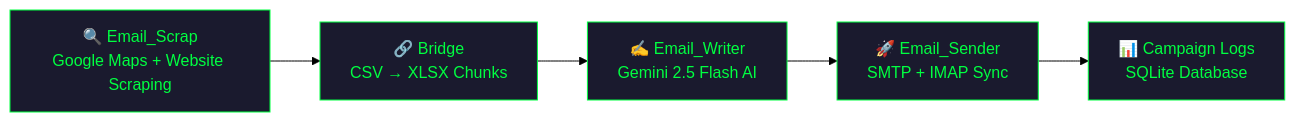
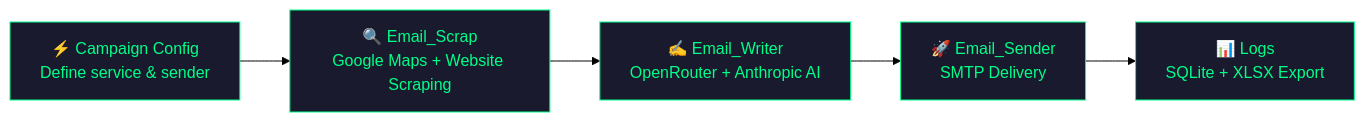
One commit to Oxirane-git/Quinx changed the diagram in README.md. Above: the diagram before and after it, drawn with Mermaid (forest theme). The commit also changed other lines of this file, not shown here.

First line of the commit message:
docs: rewrite README to reflect GUI-first architecture

````diff
--- a/README.md
+++ b/README.md
@@ -140,13 +143,13 @@
 ```mermaid
 graph LR
-    A["🔍 Email_Scrap<br/>Google Maps + Website Scraping"] --> B["🔗 Bridge<br/>CSV → XLSX Chunks"]
-    B --> C["✍️ Email_Writer<br/>Gemini 2.5 Flash AI"]
-    C --> D["🚀 Email_Sender<br/>SMTP + IMAP Sync"]
-    D --> E["📊 Campaign Logs<br/>SQLite Database"]
-    
-    style A fill:#1a1a2e,stroke:#00ff41,color:#00ff41
-    style B fill:#1a1a2e,stroke:#00ff41,color:#00ff41
-    style C fill:#1a1a2e,stroke:#00ff41,color:#00ff41
-    style D fill:#1a1a2e,stroke:#00ff41,color:#00ff41
-    style E fill:#1a1a2e,stroke:#00ff41,color:#00ff41
+    A["⚡ Campaign Config<br/>Define service & sender"] --> B["🔍 Email_Scrap<br/>Google Maps + Website Scraping"]
+    B --> C["✍️ Email_Writer<br/>OpenRouter + Anthropic AI"]
+    C --> D["🚀 Email_Sender<br/>SMTP Delivery"]
+    D --> E["📊 Logs<br/>SQLite + XLSX Export"]
+
+    style A fill:#1a1a2e,stroke:#00ff88,color:#00ff88
+    style B fill:#1a1a2e,stroke:#00ff88,color:#00ff88
+    style C fill:#1a1a2e,stroke:#00ff88,color:#00ff88
+    style D fill:#1a1a2e,stroke:#00ff88,color:#00ff88
+    style E fill:#1a1a2e,stroke:#00ff88,color:#00ff88
 ```
````
